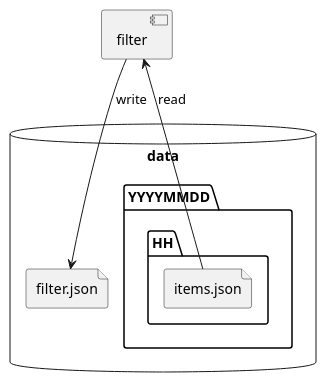
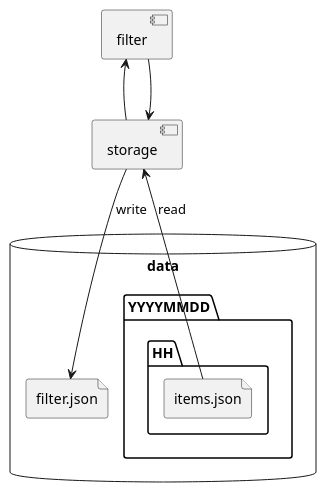
The seventh of 12 diagrams in docs/components.rst (slott56/FeederReader), drawn with PlantUML before and after one commit. The commit also changed other lines of this file and 57 other files, not shown here.

```diff
--- a/docs/components.rst
+++ b/docs/components.rst
@@ -234,19 +252,22 @@
 ..  plantuml::
 
     @startuml
 
     component filter
+    component storage
 
     database data {
         folder YYYYMMDD {
             folder HH {
                 file items.json
             }
         }
         file filter.json
     }
 
-    filter <-- items.json : "read"
-    filter --> filter.json : "write"
+    filter <-- storage
+    storage <-- items.json : "read"
+    filter --> storage
+    storage --> filter.json : "write"
 
     @enduml
```
